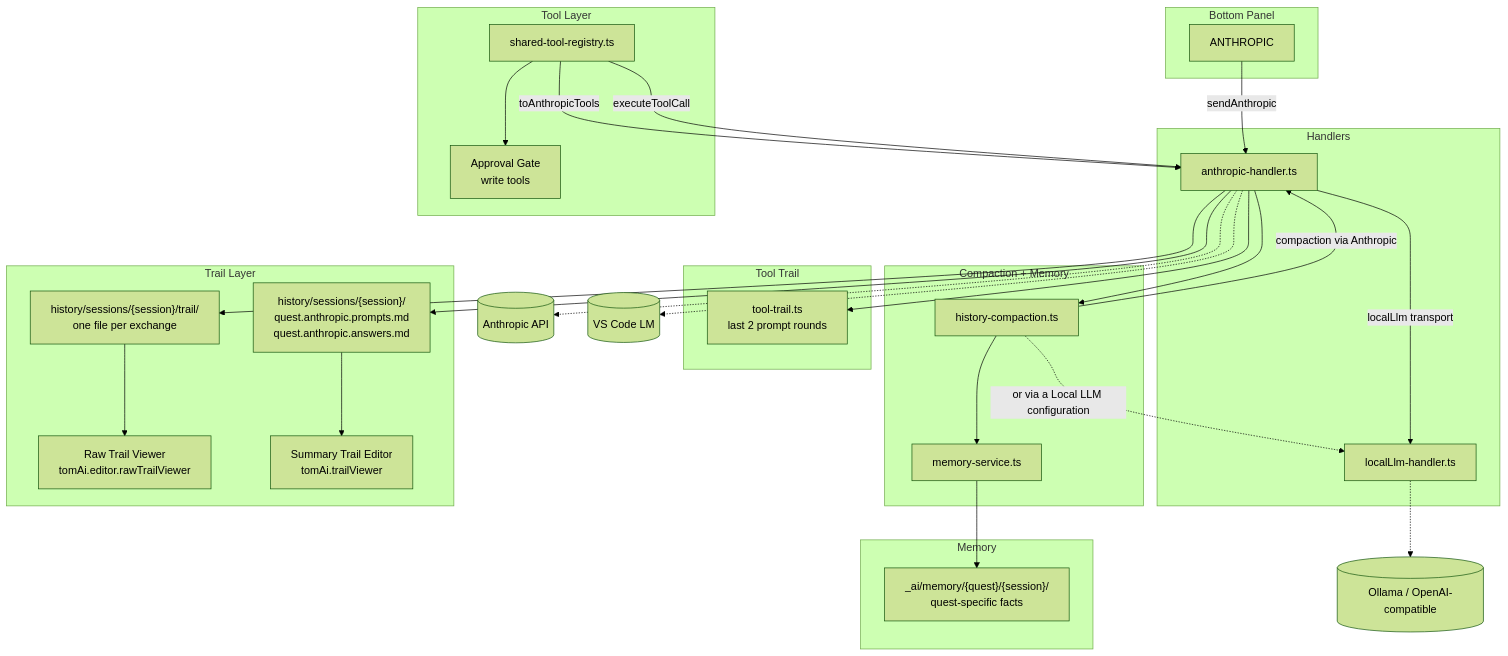
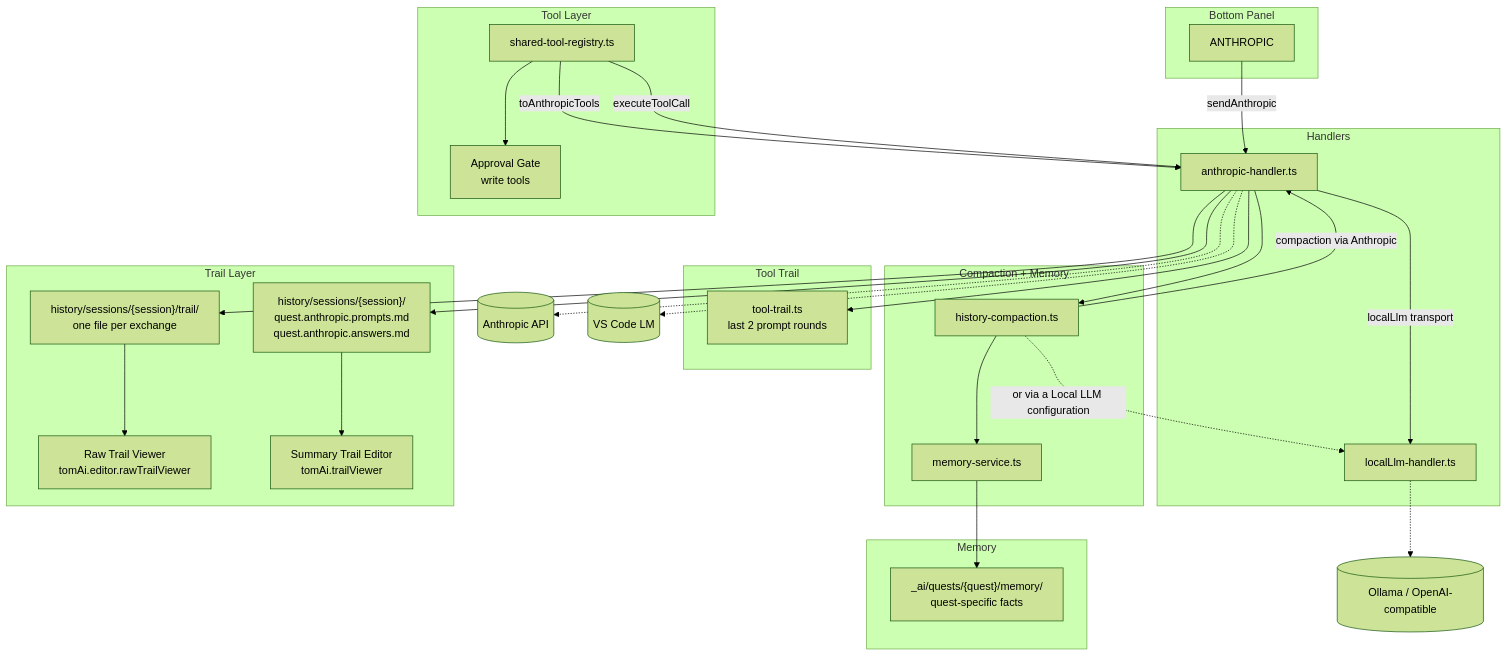
Before and after one commit to al-the-bear/tom_vscode: the second of 9 diagrams in tom_vscode_extension/doc/anthropic_sdk_integration.md, drawn with Mermaid (forest theme). The commit also changed other lines of this file and 105 other files, not shown here.

First line of the commit message:
Extension: quest-only saved prompts, quest notes in notes/ with a picker, workspace notes file, quest memory in the quest folder (01_aifmt-3)

````diff
--- a/tom_vscode_extension/doc/anthropic_sdk_integration.md
+++ b/tom_vscode_extension/doc/anthropic_sdk_integration.md
@@ -62,56 +62,56 @@
 ```mermaid
 graph TD
     subgraph Panel["Bottom Panel"]
         PA[ANTHROPIC]
     end
 
     subgraph Handlers
         AH[anthropic-handler.ts]
         LH[localLlm-handler.ts]
     end
 
     subgraph ToolLayer["Tool Layer"]
         TR[shared-tool-registry.ts]
         TR -->|toAnthropicTools| AH
         TR -->|executeToolCall| AH
         APPR[Approval Gate\nwrite tools]
         TR --> APPR
     end
 
     subgraph CompactionLayer["Compaction + Memory"]
         HC[history-compaction.ts]
         MS[memory-service.ts]
         HC -->|compaction via Anthropic| AH
         HC -.->|or via a Local LLM configuration| LH
     end
 
     subgraph ToolTrailLayer["Tool Trail"]
         TT[tool-trail.ts\nlast 2 prompt rounds]
         AH --> TT
     end
 
     subgraph TrailLayer["Trail Layer"]
         RAWA["history/sessions/{session}/trail/\none file per exchange"]
         COMPACT["history/sessions/{session}/\nquest.anthropic.prompts.md\nquest.anthropic.answers.md"]
         RTV["Raw Trail Viewer\ntomAi.editor.rawTrailViewer"]
         STE["Summary Trail Editor\ntomAi.trailViewer"]
     end
     RAWA --> RTV
     COMPACT --> STE
 
     subgraph MemoryLayer["Memory"]
-        MEMQ["_ai/memory/{quest}/{session}/\nquest-specific facts"]
+        MEMQ["_ai/quests/{quest}/memory/\nquest-specific facts"]
     end
 
     PA -->|sendAnthropic| AH
     AH -->|localLlm transport| LH
     AH --> RAWA
     AH --> COMPACT
     AH --> HC
     HC --> MS
     MS --> MEMQ
 
     LH -.-> OLLAMA[(Ollama / OpenAI-compatible)]
     AH -.-> ANTHROPIC[(Anthropic API)]
     AH -.-> VSCODELM[(VS Code LM)]
 ```
````
